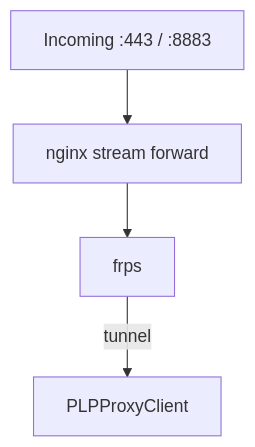
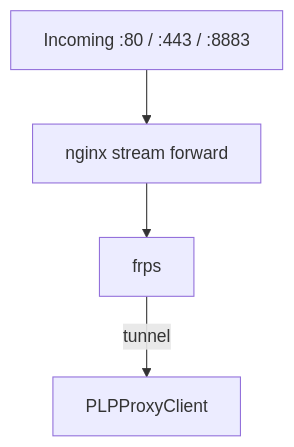
Before and after one commit to phraselock/PhraseLock-Bridge: the sixth of 7 diagrams in README.md, drawn with Mermaid. The commit also changed other lines of this file, not shown here.

First line of the commit message:
Update README for Let's Encrypt migration and PLPProxy port-80 tunnel

````diff
--- a/README.md
+++ b/README.md
@@ -315,4 +360,4 @@
 ```mermaid
 flowchart TD
-    In[Incoming :443 / :8883] --> N[nginx stream forward] --> F[frps] -->|tunnel| Out[PLPProxyClient]
+    In[Incoming :80 / :443 / :8883] --> N[nginx stream forward] --> F[frps] -->|tunnel| Out[PLPProxyClient]
 ```
````
